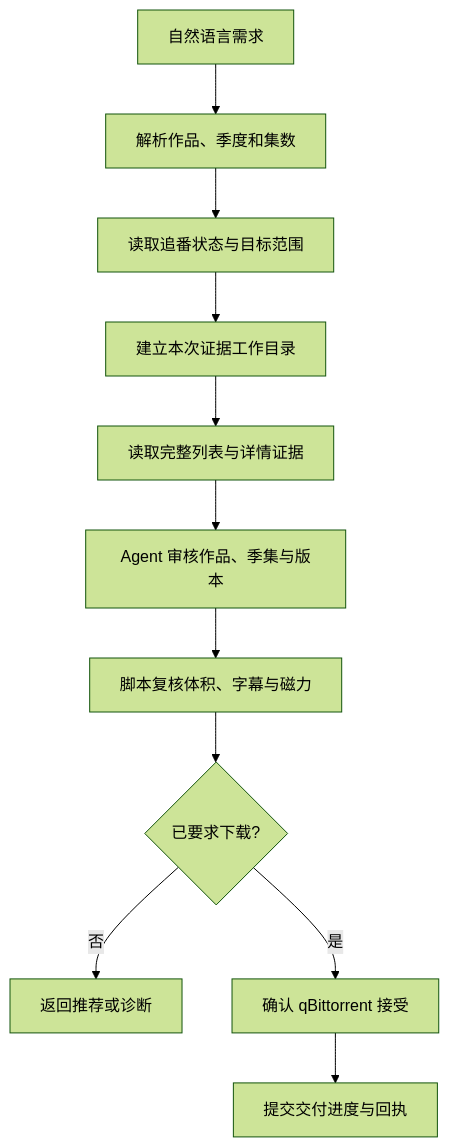
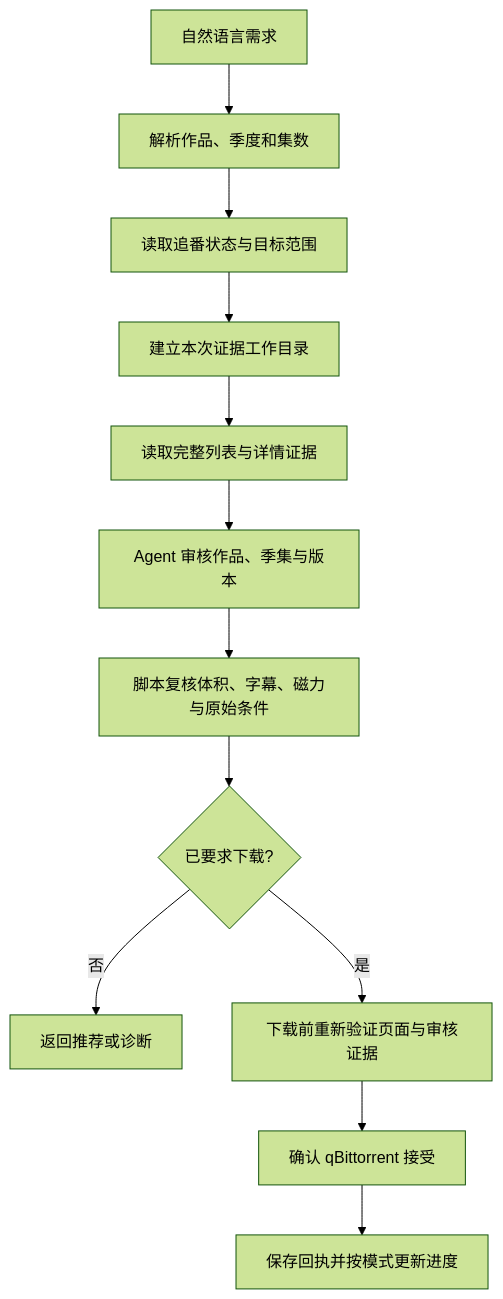
Before and after one commit to divisioncassini05-lab/find-nyaa-anime-release: the diagram in README.md, drawn with Mermaid (forest theme). The commit also changed other lines of this file and 39 other files, not shown here.

````diff
--- a/README.md
+++ b/README.md
@@ -118,13 +126,14 @@
 ```mermaid
 flowchart TD
     A[自然语言需求] --> B[解析作品、季度和集数]
     B --> C[读取追番状态与目标范围]
     C --> D[建立本次证据工作目录]
     D --> E[读取完整列表与详情证据]
     E --> F[Agent 审核作品、季集与版本]
-    F --> G[脚本复核体积、字幕与磁力]
+    F --> G[脚本复核体积、字幕、磁力与原始条件]
     G --> H{已要求下载?}
     H -- 否 --> I[返回推荐或诊断]
-    H -- 是 --> J[确认 qBittorrent 接受]
-    J --> K[提交交付进度与回执]
+    H -- 是 --> V[下载前重新验证页面与审核证据]
+    V --> J[确认 qBittorrent 接受]
+    J --> K[保存回执并按模式更新进度]
 ```
````
